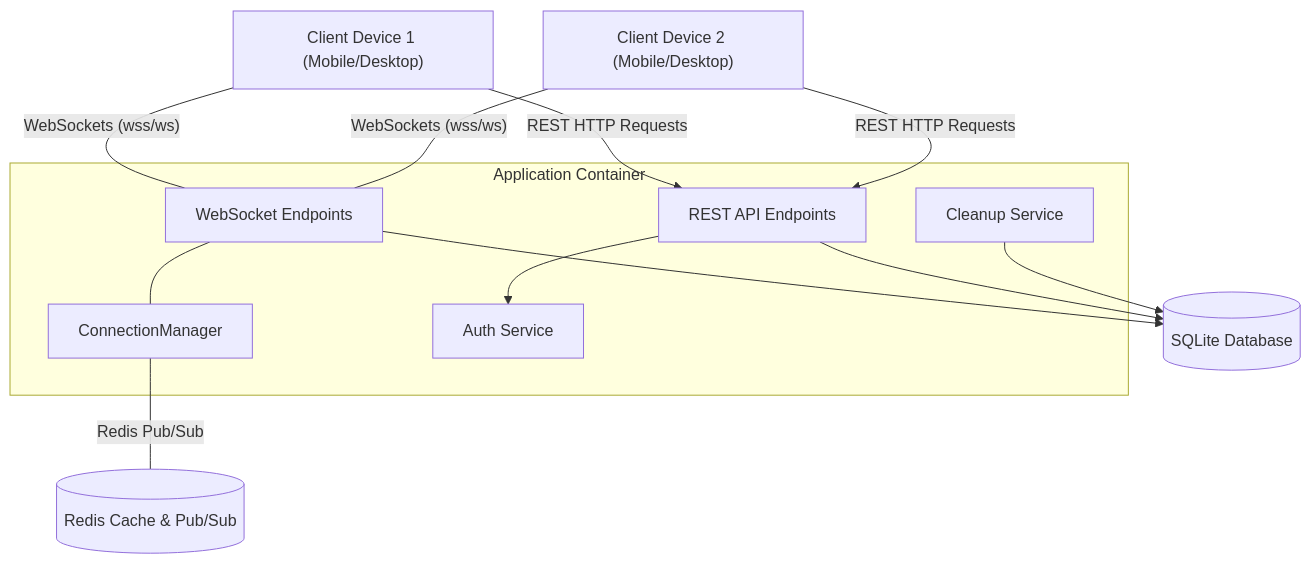
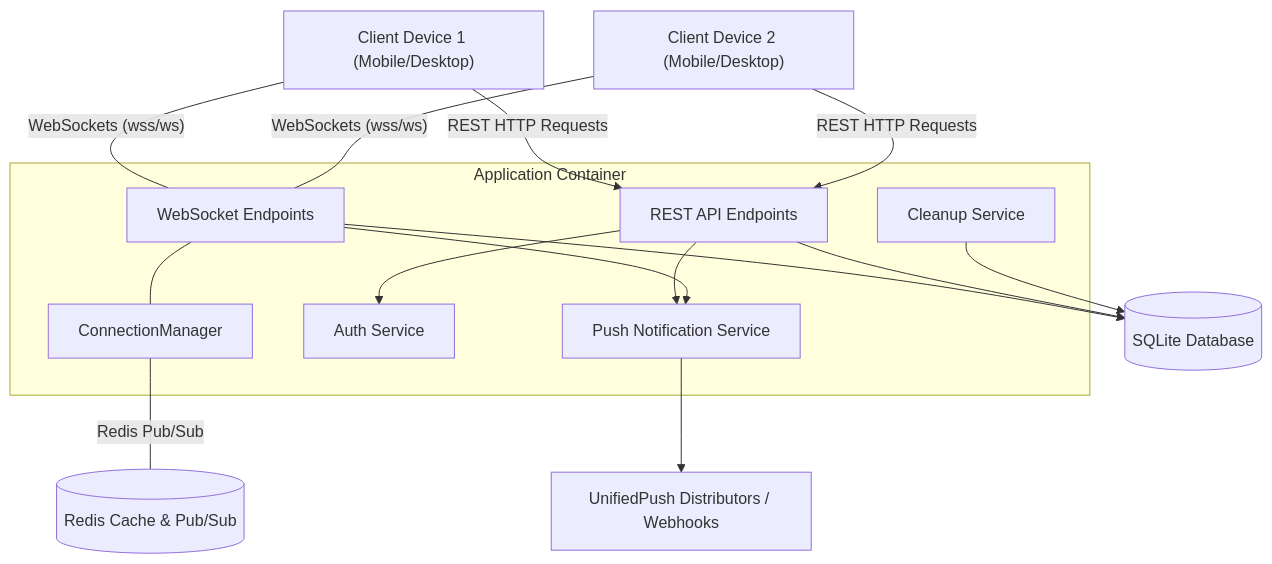
Before and after one commit to zyr-ux/Synclo-Backend: the first of 3 diagrams in ARCHITECTURE.md, drawn with Mermaid. The commit also changed other lines of this file and 12 other files, not shown here.

Commit message:
feature: added push service endpoint to improve compatibility to android devices. iOS devices not supported yet

````diff
--- a/ARCHITECTURE.md
+++ b/ARCHITECTURE.md
@@ -13,23 +13,27 @@
 ```mermaid
 graph TD
     Client1["Client Device 1 (Mobile/Desktop)"] ---|"WebSockets (wss/ws)"| WS_End["WebSocket Endpoints"]
     Client2["Client Device 2 (Mobile/Desktop)"] ---|"WebSockets (wss/ws)"| WS_End
     Client1 -->|"REST HTTP Requests"| REST_End["REST API Endpoints"]
     Client2 -->|"REST HTTP Requests"| REST_End
     
     subgraph FastAPI ["Application Container"]
         WS_End
         REST_End
         Manager["ConnectionManager"]
         AuthServ["Auth Service"]
         CleanupServ["Cleanup Service"]
+        PushServ["Push Notification Service"]
     end
     
     WS_End --- Manager
     REST_End --> AuthServ
     WS_End --> DB[("SQLite Database")]
     REST_End --> DB
     CleanupServ --> DB
+    REST_End --> PushServ
+    WS_End --> PushServ
+    PushServ --> Dist["UnifiedPush Distributors / Webhooks"]
     
     Manager ---|"Redis Pub/Sub"| Redis[("Redis Cache & Pub/Sub")]
 ```
````
